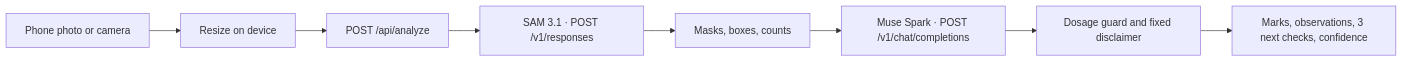
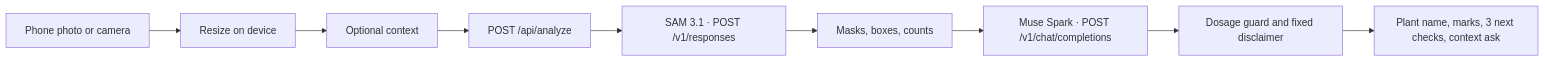
One commit to benweru/BedSense changed the diagram in docs/development.md. Above: the diagram before and after it, drawn with Mermaid. The commit also changed other lines of this file and 20 other files, not shown here.

First line of the commit message:
Open BedSense to any farm plant, with optional context (#4)

````diff
--- a/docs/development.md
+++ b/docs/development.md
@@ -42,10 +42,11 @@
 ```mermaid
 flowchart LR
   phone[Phone photo or camera] --> resize[Resize on device]
-  resize --> api["POST /api/analyze"]
+  resize --> context[Optional context]
+  context --> api["POST /api/analyze"]
   api --> sam["SAM 3.1 · POST /v1/responses"]
   sam --> marks[Masks, boxes, counts]
   marks --> muse["Muse Spark · POST /v1/chat/completions"]
   muse --> guard[Dosage guard and fixed disclaimer]
-  guard --> ui[Marks, observations, 3 next checks, confidence]
+  guard --> ui[Plant name, marks, 3 next checks, context ask]
 ```
````
